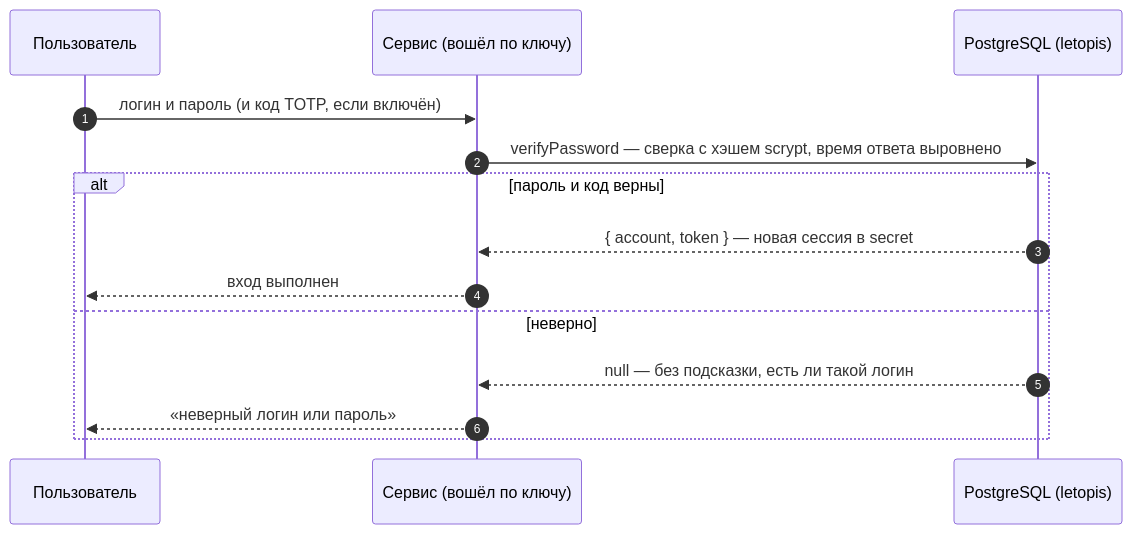
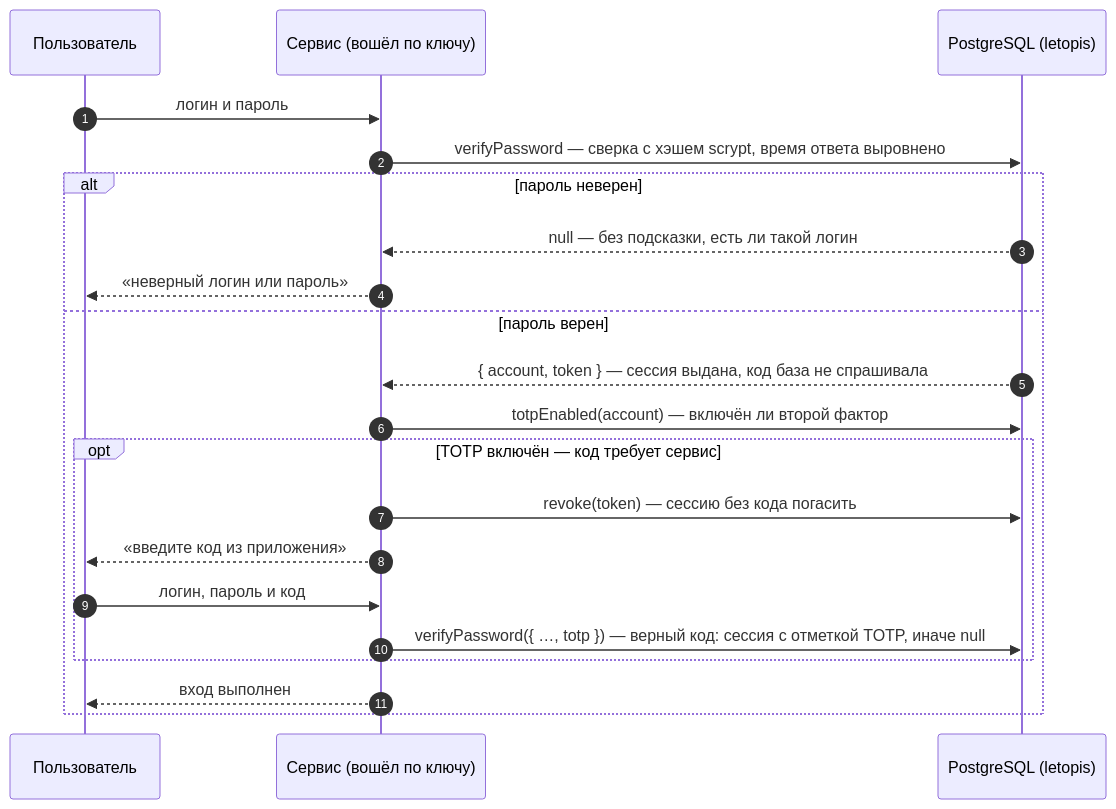
One commit to alepri51/letopis changed the first of 2 diagrams in guide/pages/auth/index.md. Above: the diagram before and after it, drawn with Mermaid. The commit also changed other lines of this file and 49 other files, not shown here.

````diff
--- a/guide/pages/auth/index.md
+++ b/guide/pages/auth/index.md
@@ -17,16 +17,23 @@
 ```mermaid
 sequenceDiagram
   autonumber
   participant U as Пользователь
   participant S as Сервис (вошёл по ключу)
   participant DB as PostgreSQL (letopis)
-  U->>S: логин и пароль (и код TOTP, если включён)
+  U->>S: логин и пароль
   S->>DB: verifyPassword — сверка с хэшем scrypt, время ответа выровнено
-  alt пароль и код верны
-    DB-->>S: { account, token } — новая сессия в secret
-    S-->>U: вход выполнен
-  else неверно
+  alt пароль неверен
     DB-->>S: null — без подсказки, есть ли такой логин
     S-->>U: «неверный логин или пароль»
+  else пароль верен
+    DB-->>S: { account, token } — сессия выдана, код база не спрашивала
+    S->>DB: totpEnabled(account) — включён ли второй фактор
+    opt TOTP включён — код требует сервис
+      S->>DB: revoke(token) — сессию без кода погасить
+      S-->>U: «введите код из приложения»
+      U->>S: логин, пароль и код
+      S->>DB: verifyPassword({ …, totp }) — верный код: сессия с отметкой TOTP, иначе null
+    end
+    S-->>U: вход выполнен
   end
 ```
````
